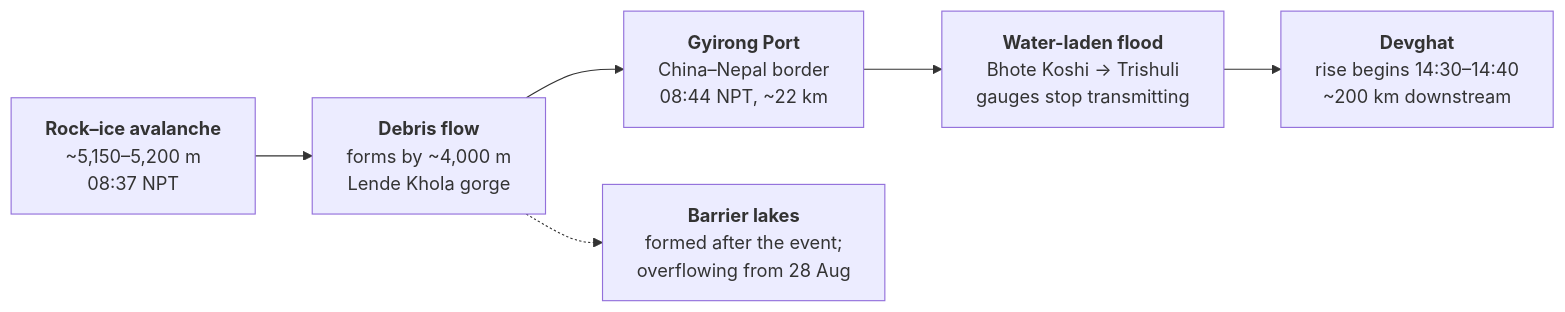
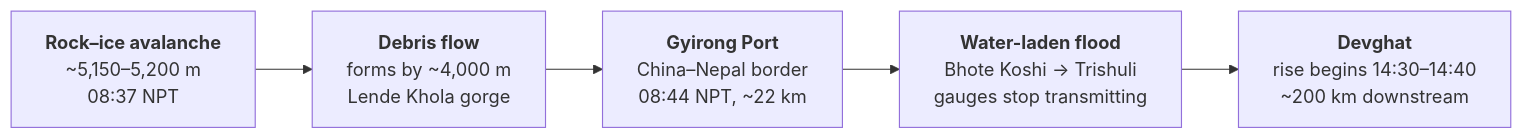
The diagram in README.md (IbaadGEO/trishuli-flood-trace), drawn with Mermaid before and after one commit. The commit also changed other lines of this file, not shown here.

Commit message:
README: keep cascade diagram linear; barrier-lake note in text

````diff
--- a/README.md
+++ b/README.md
@@ -23,8 +23,7 @@
 ```mermaid
 flowchart LR
   A["<b>Rock–ice avalanche</b><br/>~5,150–5,200 m<br/>08:37 NPT"] --> B["<b>Debris flow</b><br/>forms by ~4,000 m<br/>Lende Khola gorge"]
   B --> C["<b>Gyirong Port</b><br/>China–Nepal border<br/>08:44 NPT, ~22 km"]
   C --> D["<b>Water-laden flood</b><br/>Bhote Koshi → Trishuli<br/>gauges stop transmitting"]
   D --> E["<b>Devghat</b><br/>rise begins 14:30–14:40<br/>~200 km downstream"]
-  B -.-> F["<b>Barrier lakes</b><br/>formed after the event;<br/>overflowing from 28 Aug"]
 ```
````
